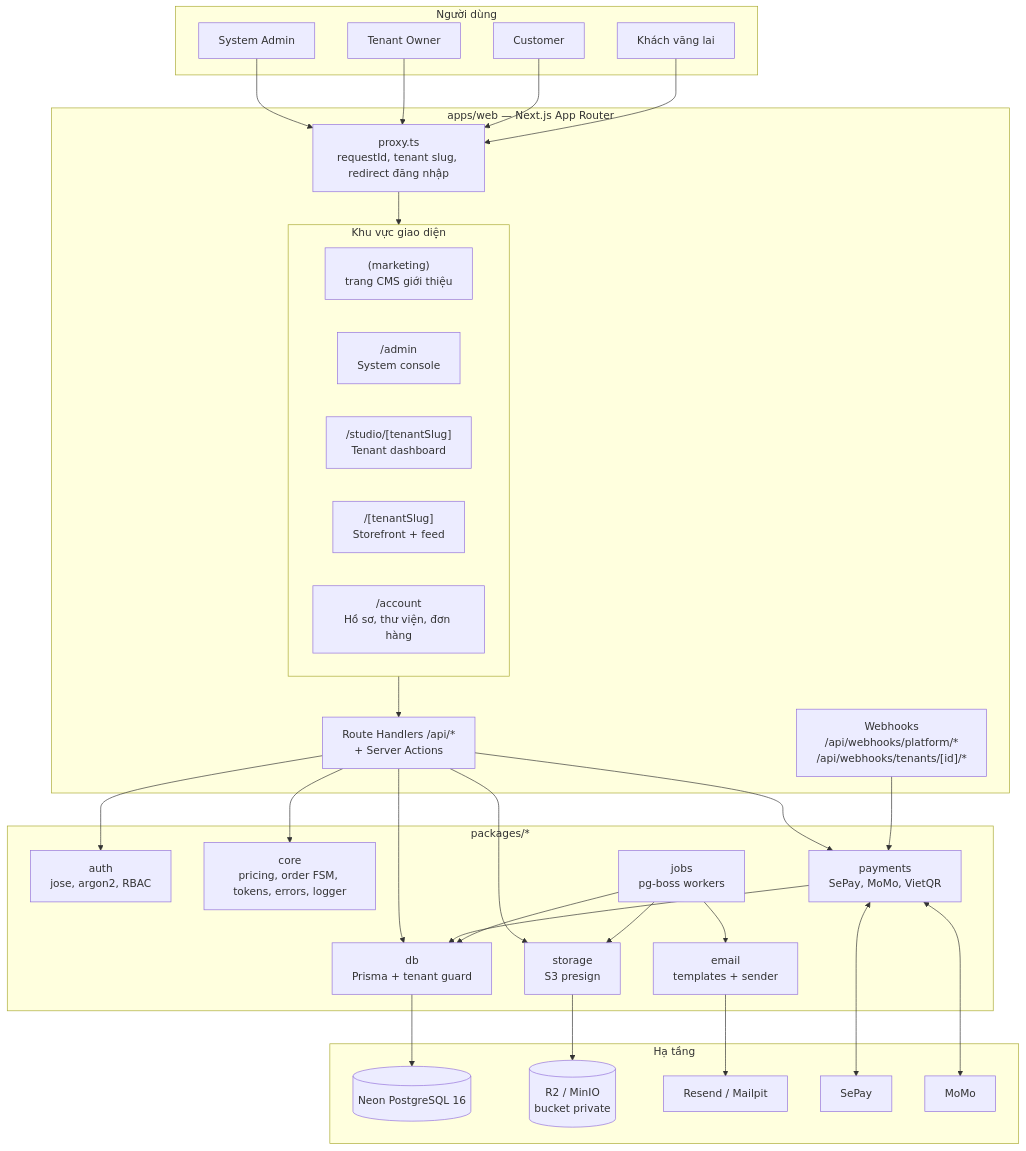
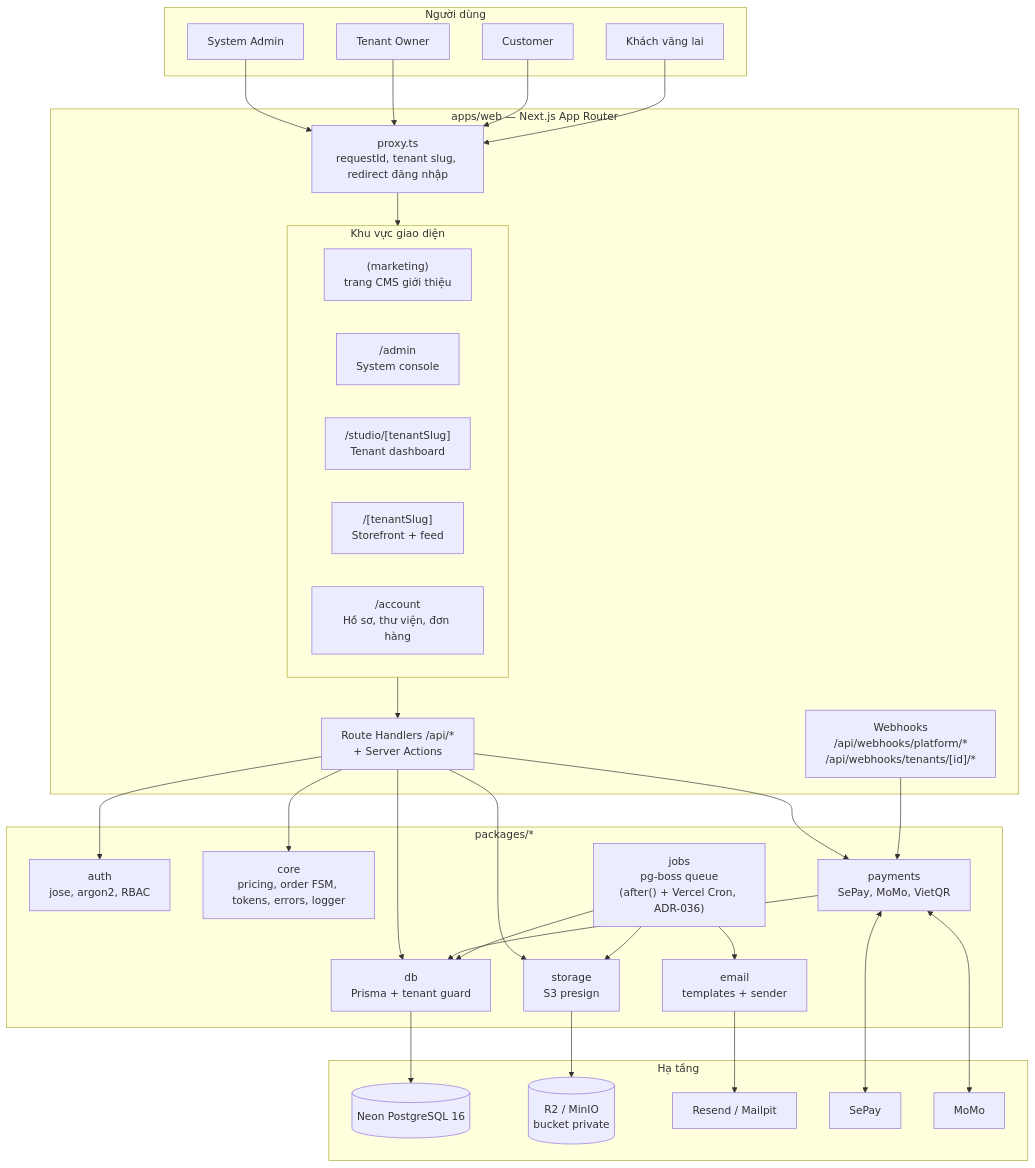
One commit to vtphong91/gieochu changed the first of 3 diagrams in docs/ARCHITECTURE.md. Above: the diagram before and after it, drawn with Mermaid. The commit also changed other lines of this file and 177 other files, not shown here.

````diff
--- a/docs/ARCHITECTURE.md
+++ b/docs/ARCHITECTURE.md
@@ -8,50 +8,50 @@
 ```mermaid
 flowchart TB
     subgraph Clients["Người dùng"]
         SA["System Admin"]
         TO["Tenant Owner"]
         CU["Customer"]
         GU["Khách vãng lai"]
     end
 
     subgraph Web["apps/web — Next.js App Router"]
         PX["proxy.ts<br/>requestId, tenant slug, redirect đăng nhập"]
         subgraph Areas["Khu vực giao diện"]
             MKT["(marketing)<br/>trang CMS giới thiệu"]
             ADM["/admin<br/>System console"]
             STU["/studio/[tenantSlug]<br/>Tenant dashboard"]
             STF["/[tenantSlug]<br/>Storefront + feed"]
             ACC["/account<br/>Hồ sơ, thư viện, đơn hàng"]
         end
         API["Route Handlers /api/*<br/>+ Server Actions"]
         WH["Webhooks<br/>/api/webhooks/platform/*<br/>/api/webhooks/tenants/[id]/*"]
     end
 
     subgraph Pkgs["packages/*"]
         AUTH["auth<br/>jose, argon2, RBAC"]
         CORE["core<br/>pricing, order FSM, tokens, errors, logger"]
         PAY["payments<br/>SePay, MoMo, VietQR"]
         DB["db<br/>Prisma + tenant guard"]
         STO["storage<br/>S3 presign"]
         MAIL["email<br/>templates + sender"]
-        JOBS["jobs<br/>pg-boss workers"]
+        JOBS["jobs<br/>pg-boss queue<br/>(after() + Vercel Cron, ADR-036)"]
     end
 
     subgraph Infra["Hạ tầng"]
         NEON[("Neon PostgreSQL 16")]
         S3[("R2 / MinIO<br/>bucket private")]
         ESP["Resend / Mailpit"]
         SEPAY["SePay"]
         MOMO["MoMo"]
     end
 
     SA & TO & CU & GU --> PX --> Areas
     Areas --> API
     API --> AUTH & CORE & PAY & DB & STO
     WH --> PAY --> DB
     JOBS --> DB & MAIL & STO
     DB --> NEON
     STO --> S3
     MAIL --> ESP
     PAY <--> SEPAY & MOMO
 ```
````
